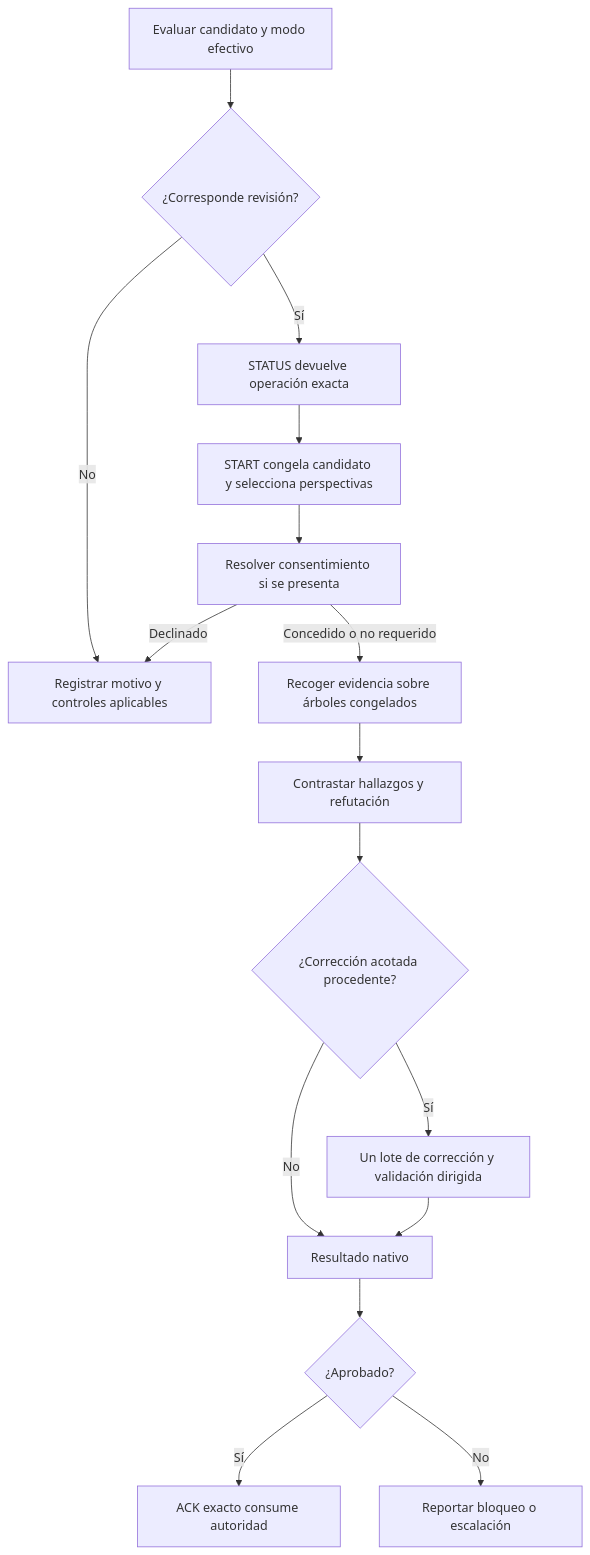
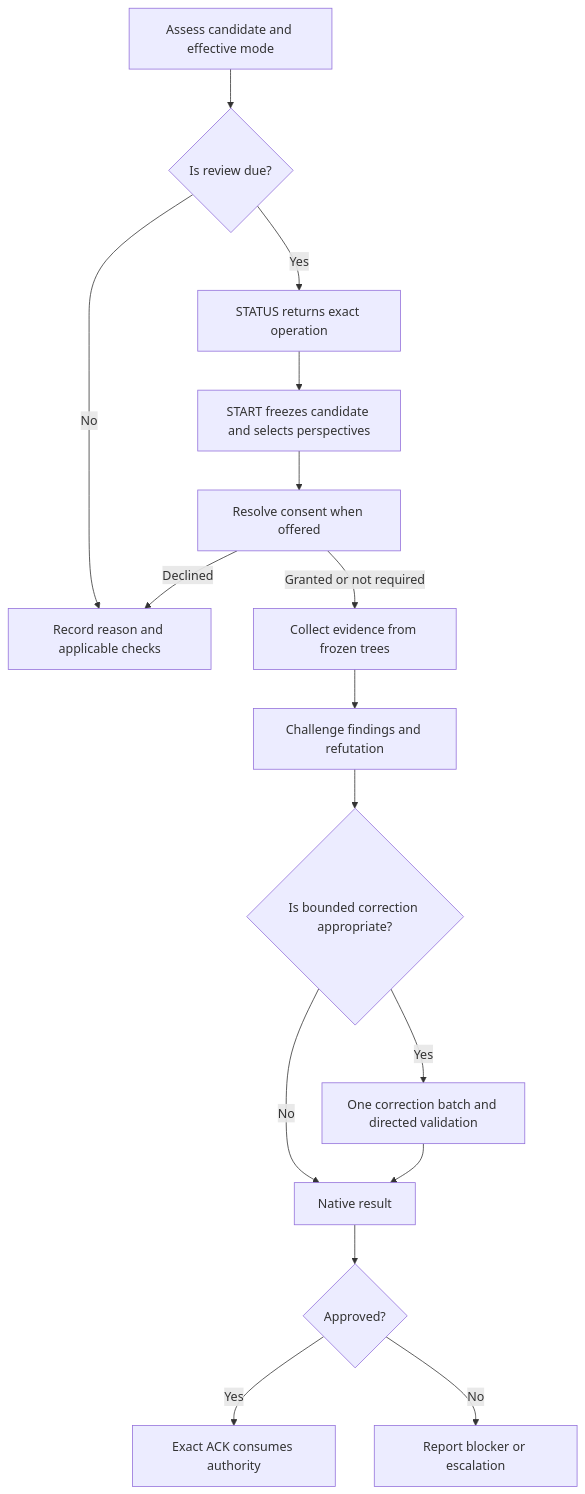
Before and after one commit to Maicololiveras/flugo-gentle: the fourth of 5 diagrams in docs/GENTLE_ODD_TDD_RDD_GUIDE.md, drawn with Mermaid. The commit also changed other lines of this file and 9 other files, not shown here.

````diff
--- a/docs/GENTLE_ODD_TDD_RDD_GUIDE.md
+++ b/docs/GENTLE_ODD_TDD_RDD_GUIDE.md
@@ -172,18 +176,18 @@
 ```mermaid
 flowchart TD
-    A[Evaluar candidato y modo efectivo] --> B{¿Corresponde revisión?}
-    B -->|No| C[Registrar motivo y controles aplicables]
-    B -->|Sí| D[STATUS devuelve operación exacta]
-    D --> E[START congela candidato y selecciona perspectivas]
-    E --> F[Resolver consentimiento si se presenta]
-    F -->|Concedido o no requerido| G[Recoger evidencia sobre árboles congelados]
-    F -->|Declinado| C
-    G --> H[Contrastar hallazgos y refutación]
-    H --> I{¿Corrección acotada procedente?}
-    I -->|Sí| J[Un lote de corrección y validación dirigida]
-    I -->|No| K[Resultado nativo]
+    A[Assess candidate and effective mode] --> B{Is review due?}
+    B -->|No| C[Record reason and applicable checks]
+    B -->|Yes| D[STATUS returns exact operation]
+    D --> E[START freezes candidate and selects perspectives]
+    E --> F[Resolve consent when offered]
+    F -->|Granted or not required| G[Collect evidence from frozen trees]
+    F -->|Declined| C
+    G --> H[Challenge findings and refutation]
+    H --> I{Is bounded correction appropriate?}
+    I -->|Yes| J[One correction batch and directed validation]
+    I -->|No| K[Native result]
     J --> K
-    K --> L{¿Aprobado?}
-    L -->|Sí| M[ACK exacto consume autoridad]
-    L -->|No| N[Reportar bloqueo o escalación]
+    K --> L{Approved?}
+    L -->|Yes| M[Exact ACK consumes authority]
+    L -->|No| N[Report blocker or escalation]
 ```
````
